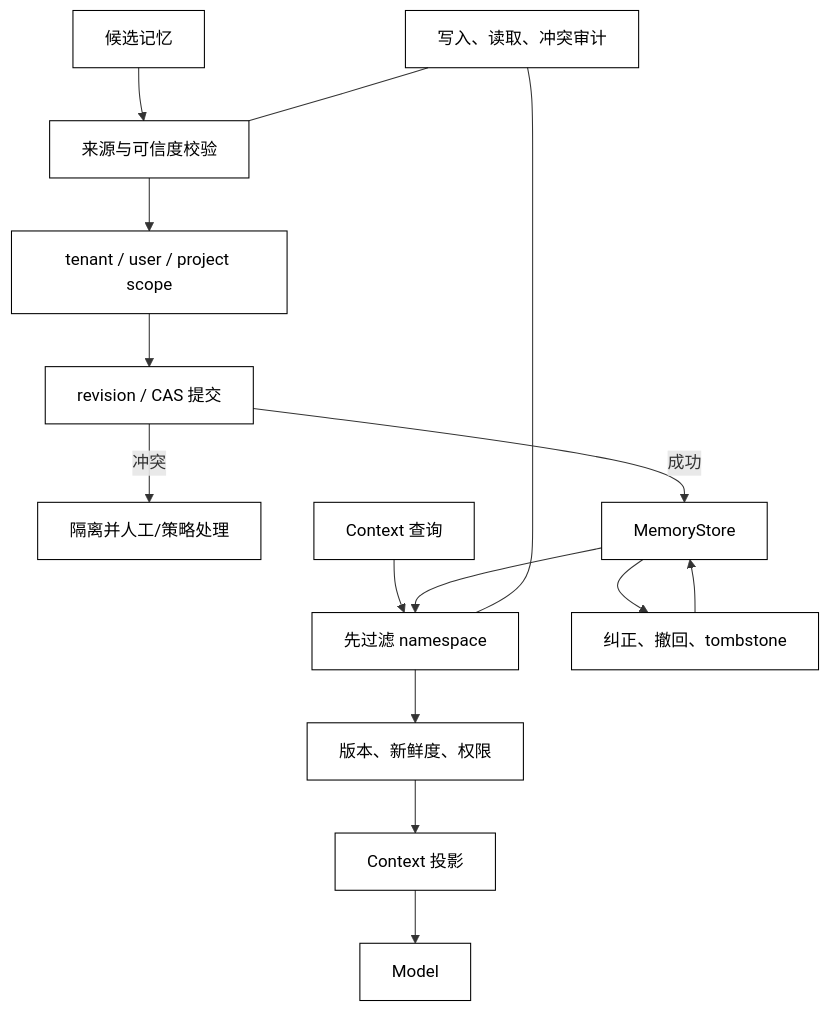
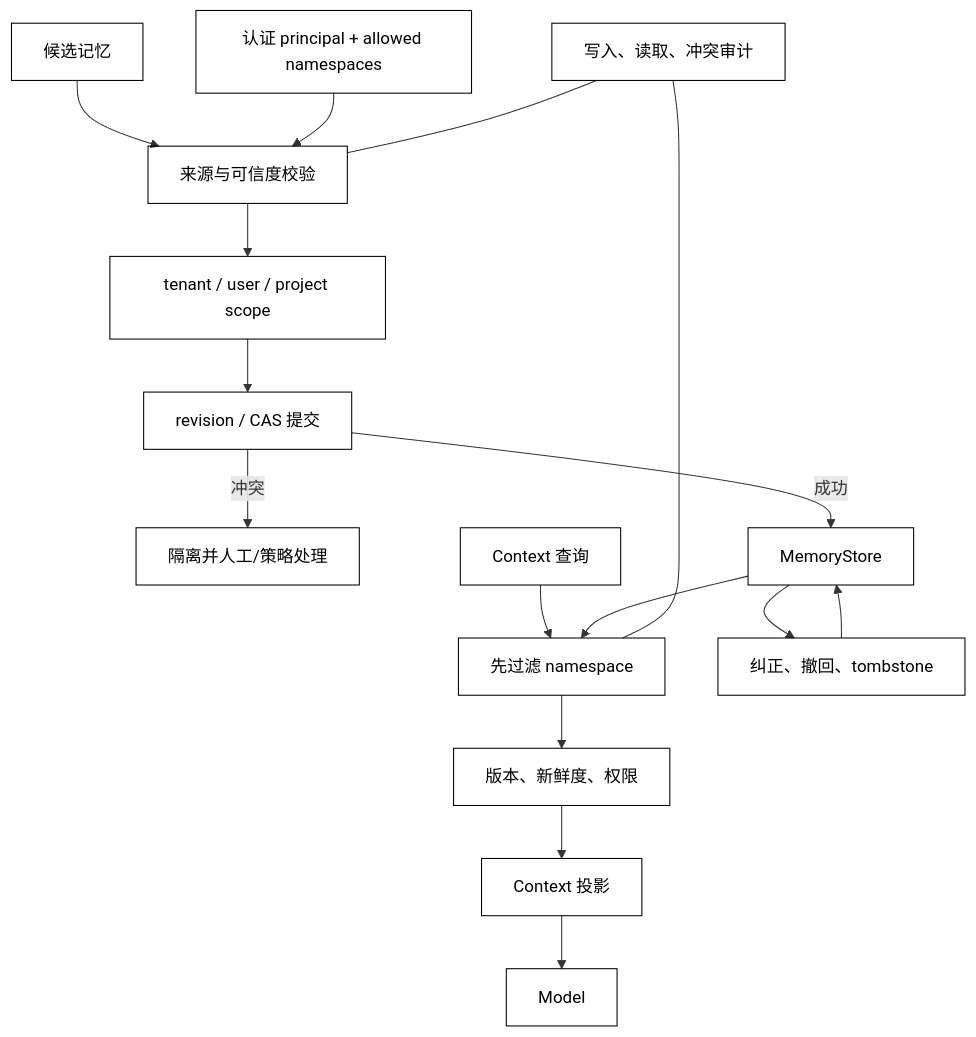
Before and after one commit to clint-sfy/clintsfy.github.io: the diagram in docs/courses/agent/05-状态上下文会话与记忆/09-记忆污染并发冲突与数据隔离.md, drawn with Mermaid. The commit also changed other lines of this file and 3 other files, not shown here.

````diff
--- a/docs/courses/agent/05-状态上下文会话与记忆/09-记忆污染并发冲突与数据隔离.md
+++ b/docs/courses/agent/05-状态上下文会话与记忆/09-记忆污染并发冲突与数据隔离.md
@@ -48,20 +48,21 @@
 ```mermaid
 flowchart TD
     Candidate["候选记忆"] --> Provenance["来源与可信度校验"]
+    Principal["认证 principal + allowed namespaces"] --> Provenance
     Provenance --> Namespace["tenant / user / project scope"]
     Namespace --> CAS["revision / CAS 提交"]
     CAS -->|冲突| Quarantine["隔离并人工/策略处理"]
     CAS -->|成功| Store["MemoryStore"]
     Query["Context 查询"] --> Scope["先过滤 namespace"]
     Store --> Scope
     Scope --> Fresh["版本、新鲜度、权限"]
     Fresh --> Context["Context 投影"]
     Context --> Model["Model"]
     Store --> Correct["纠正、撤回、tombstone"]
     Correct --> Store
     Audit["写入、读取、冲突审计"] --- Provenance
     Audit --- Scope
 
     classDef core fill:transparent,stroke:currentColor,color:currentColor,stroke-width:1px;
-    class Candidate,Provenance,Namespace,CAS,Quarantine,Store,Query,Scope,Fresh,Context,Model,Correct,Audit core;
+    class Candidate,Principal,Provenance,Namespace,CAS,Quarantine,Store,Query,Scope,Fresh,Context,Model,Correct,Audit core;
 ```
````
